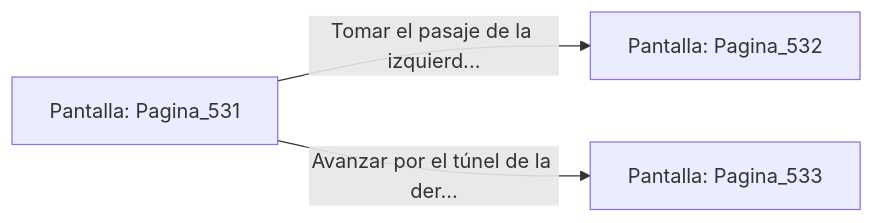
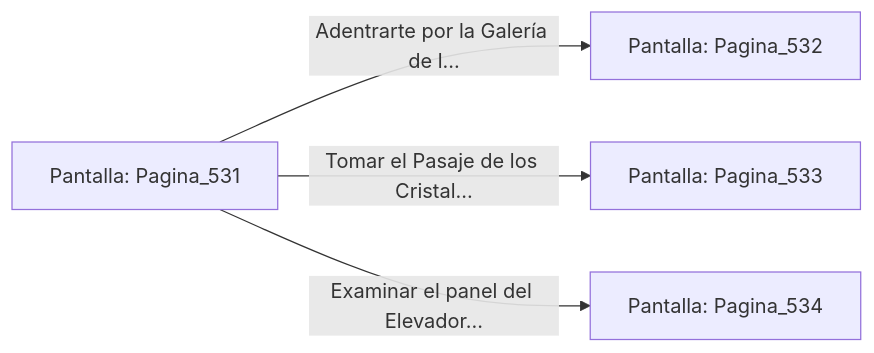
The diagram in sample/eligejuego-vault/Pantalla_Pagina_531.md (metsuke/mpl), drawn with Mermaid before and after one commit. The commit also changed other lines of this file and 635 other files, not shown here.

First line of the commit message:
fix: añadir Pagina_1 como pantalla inicial en capitulo_01.mpl

````diff
--- a/sample/eligejuego-vault/Pantalla_Pagina_531.md
+++ b/sample/eligejuego-vault/Pantalla_Pagina_531.md
@@ -20,6 +27,7 @@
 ```mermaid
 graph LR
     P_Pagina_531["Pantalla: Pagina_531"]
-    P_Pagina_531 -->|"Tomar el pasaje de la izquierd..."| P_Pagina_532["Pantalla: Pagina_532"]
-    P_Pagina_531 -->|"Avanzar por el túnel de la der..."| P_Pagina_533["Pantalla: Pagina_533"]
+    P_Pagina_531 -->|"Adentrarte por la Galería de l..."| P_Pagina_532["Pantalla: Pagina_532"]
+    P_Pagina_531 -->|"Tomar el Pasaje de los Cristal..."| P_Pagina_533["Pantalla: Pagina_533"]
+    P_Pagina_531 -->|"Examinar el panel del Elevador..."| P_Pagina_534["Pantalla: Pagina_534"]
 ```
````
